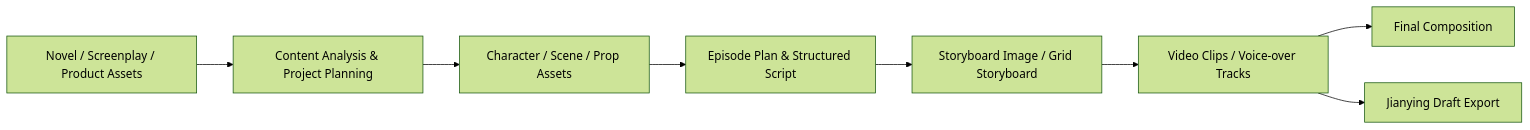
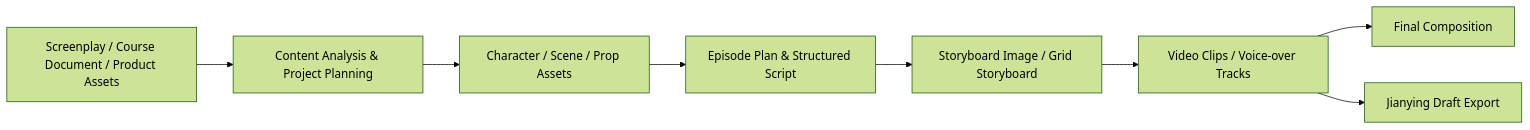
Before and after one commit to fyr91/ArcReel: the diagram in README.en.md, drawn with Mermaid (forest theme). The commit also changed other lines of this file and 94 other files, not shown here.

````diff
--- a/README.en.md
+++ b/README.en.md
@@ -55,10 +55,10 @@
 ```mermaid
 flowchart LR
-    A["Novel / Screenplay / Product Assets"] --> B["Content Analysis & Project Planning"]
+    A["Screenplay / Course Document / Product Assets"] --> B["Content Analysis & Project Planning"]
     B --> C["Character / Scene / Prop Assets"]
     C --> D["Episode Plan & Structured Script"]
     D --> E["Storyboard Image / Grid Storyboard"]
     E --> F["Video Clips / Voice-over Tracks"]
     F --> G["Final Composition"]
     F --> H["Jianying Draft Export"]
 ```
````
